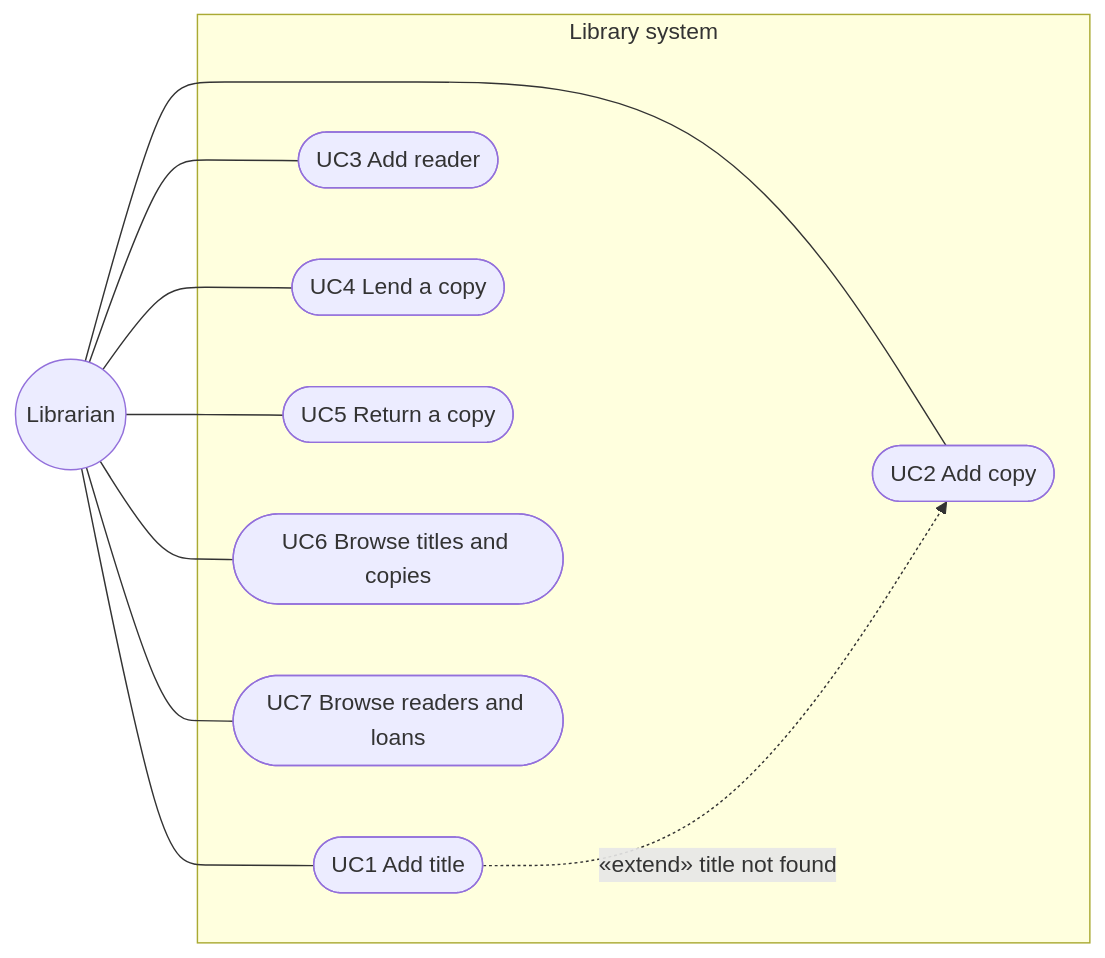
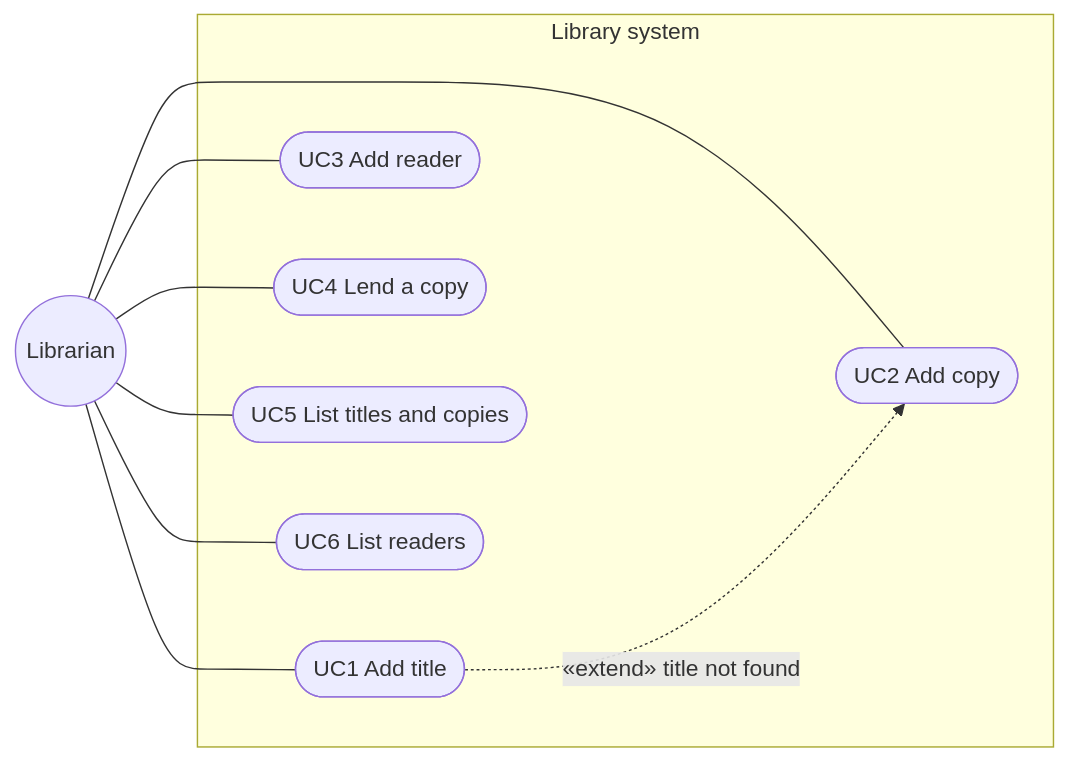
The second of 2 diagrams in lista2/README.md (FaziSPB/laboratories3), drawn with Mermaid before and after one commit. The commit also changed other lines of this file and 10 other files, not shown here.

````diff
--- a/lista2/README.md
+++ b/lista2/README.md
@@ -152,23 +141,21 @@
 ```mermaid
 flowchart LR
     librarian((Librarian))
 
     subgraph system [Library system]
         uc1([UC1 Add title])
         uc2([UC2 Add copy])
         uc3([UC3 Add reader])
         uc4([UC4 Lend a copy])
-        uc5([UC5 Return a copy])
-        uc6([UC6 Browse titles and copies])
-        uc7([UC7 Browse readers and loans])
+        uc5([UC5 List titles and copies])
+        uc6([UC6 List readers])
     end
 
     librarian --- uc1
     librarian --- uc2
     librarian --- uc3
     librarian --- uc4
     librarian --- uc5
     librarian --- uc6
-    librarian --- uc7
     uc1 -. "«extend» title not found" .-> uc2
 ```
````
